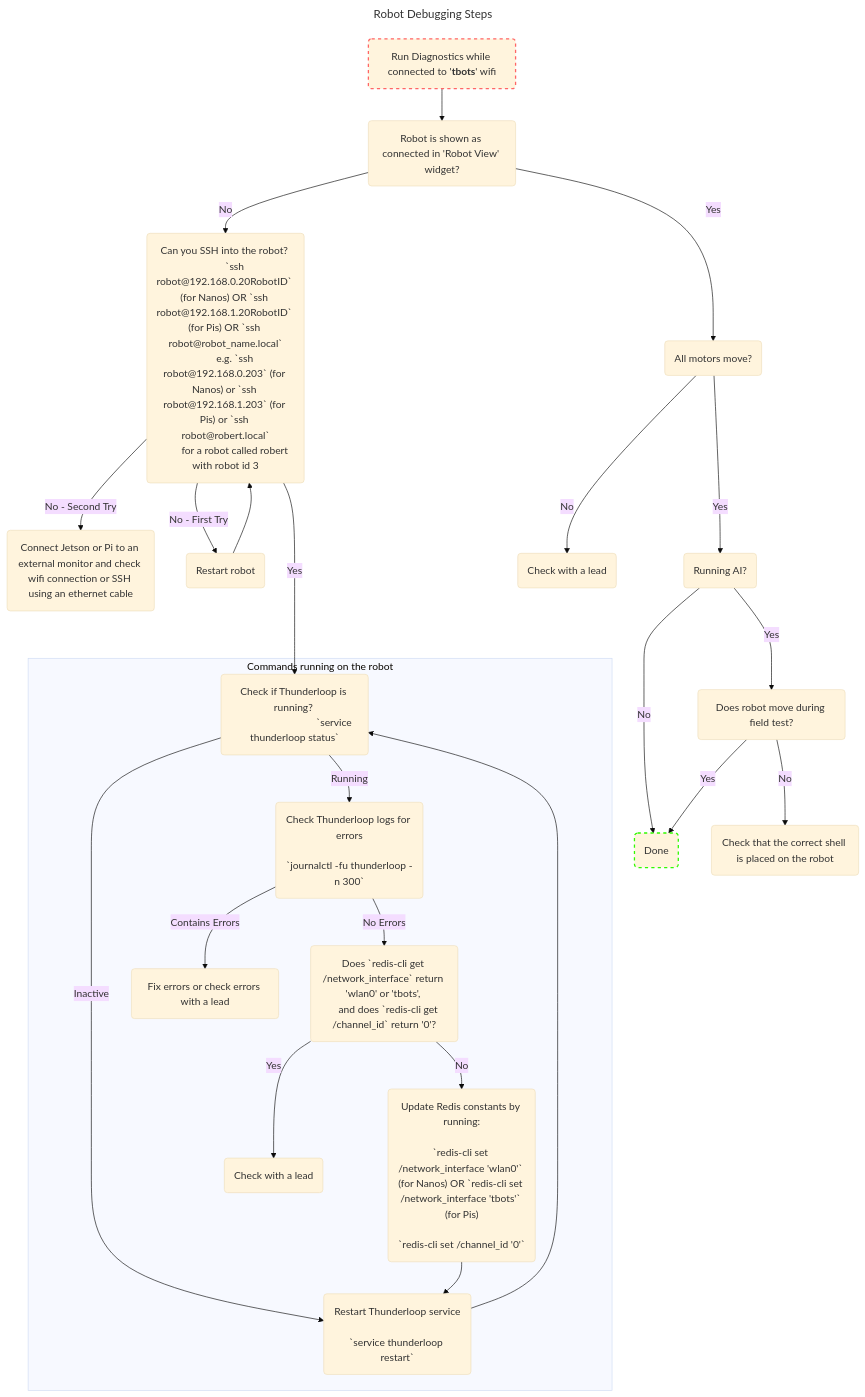
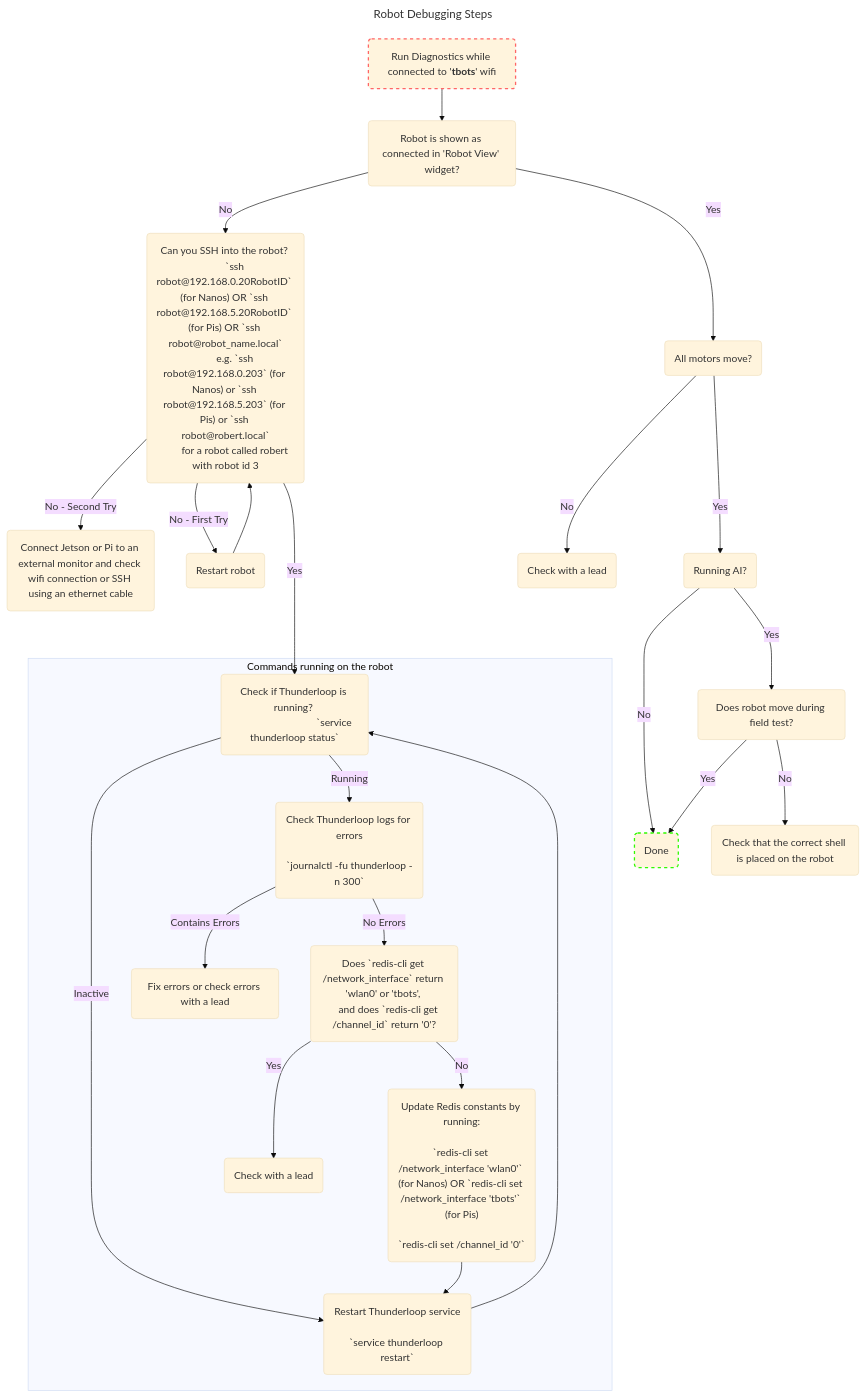
One commit to UBC-Thunderbots/Software changed the diagram in docs/useful-robot-commands.md. Above: the diagram before and after it, drawn with Mermaid (base theme). The commit also changed 1 other file, not shown here.

Commit message:
Update tbots.py with new IP for pis

````diff
--- a/docs/useful-robot-commands.md
+++ b/docs/useful-robot-commands.md
@@ -27,48 +27,48 @@
 ```mermaid
 ---
 title: Robot Debugging Steps
 ---
 flowchart TD
     ssh("Can you SSH into the robot? 
-        `ssh robot@192.168.0.20RobotID` (for Nanos) OR `ssh robot@192.168.1.20RobotID` (for Pis) OR `ssh robot@robot_name.local`
-        e.g. `ssh robot@192.168.0.203` (for Nanos) or `ssh robot@192.168.1.203` (for Pis) or `ssh robot@robert.local`
+        `ssh robot@192.168.0.20RobotID` (for Nanos) OR `ssh robot@192.168.5.20RobotID` (for Pis) OR `ssh robot@robot_name.local`
+        e.g. `ssh robot@192.168.0.203` (for Nanos) or `ssh robot@192.168.5.203` (for Pis) or `ssh robot@robert.local`
         for a robot called robert with robot id 3")
     ssh ---> |Yes| tloop_status
     ssh --> |No - Second Try| monitor("Connect Jetson or Pi to an external monitor and check wifi connection or SSH using an ethernet cable")
     ssh --> |No - First Try| restart(Restart robot)
     restart --> ssh
 
     diagnostics("`Run Diagnostics while connected to '**tbots**' wifi`") --> robot_view
     robot_view(Robot is shown as connected in 'Robot View' widget?) --> |Yes| check_motors(All motors move?)
     style diagnostics stroke:#f66,stroke-width:2px,stroke-dasharray: 5 5
 
     check_motors -->|Yes| field_test(Running AI?)
     field_test -->|No| done(Done)
     style done stroke:#30fa02,stroke-width:2px,stroke-dasharray: 5 5
     field_test -->|Yes| field_test_moves(Does robot move during field test?)
     field_test_moves --> |No| check_shell("`Check that the correct shell is placed on the robot`")
     check_shell
     field_test_moves --> |Yes| done
 
     robot_view --> |No| ssh
     check_motors -->|No| rip
     rip(Check with a lead)
                   
     subgraph ssh_graph [Commands running on the robot]
     tloop_status(Check if Thunderloop is running? 
                                `service thunderloop status`)
     tloop_status --> |Inactive| tloop_restart(Restart Thunderloop service
                                               `service thunderloop restart`)
     tloop_status --> |Running| tloop_logs(Check Thunderloop logs for errors
                                           `journalctl -fu thunderloop -n 300`)
     tloop_logs --> |No Errors| check_redis(Does `redis-cli get /network_interface` return 'wlan0' or 'tbots', 
     and does `redis-cli get /channel_id` return '0'?)
     tloop_logs --> |Contains Errors| rip2("Fix errors or check errors with a lead")
     check_redis --> |No| update_redis("Update Redis constants by running:
                                       `redis-cli set /network_interface 'wlan0'` (for Nanos) OR `redis-cli set /network_interface 'tbots'` (for Pis)
                                       `redis-cli set /channel_id '0'`")
     check_redis --> |Yes| rip3(Check with a lead)
     update_redis --> tloop_restart
     tloop_restart --> tloop_status
     end
 ```
````
